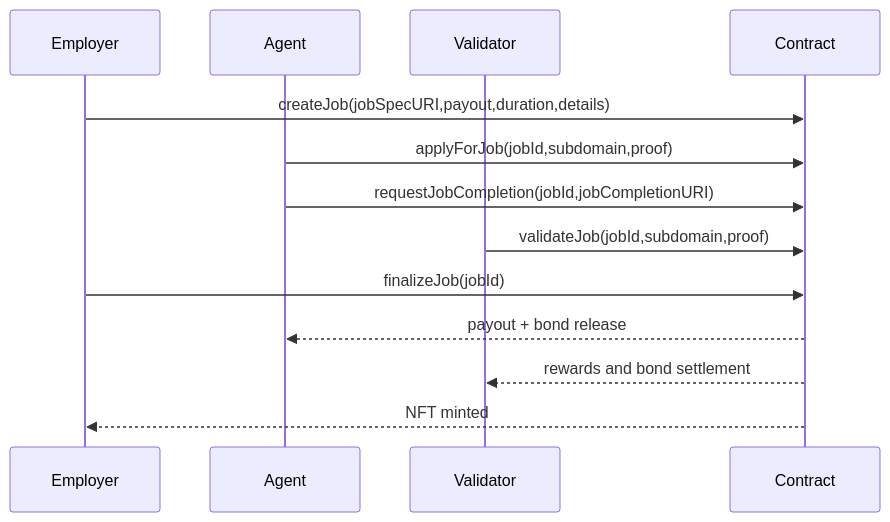
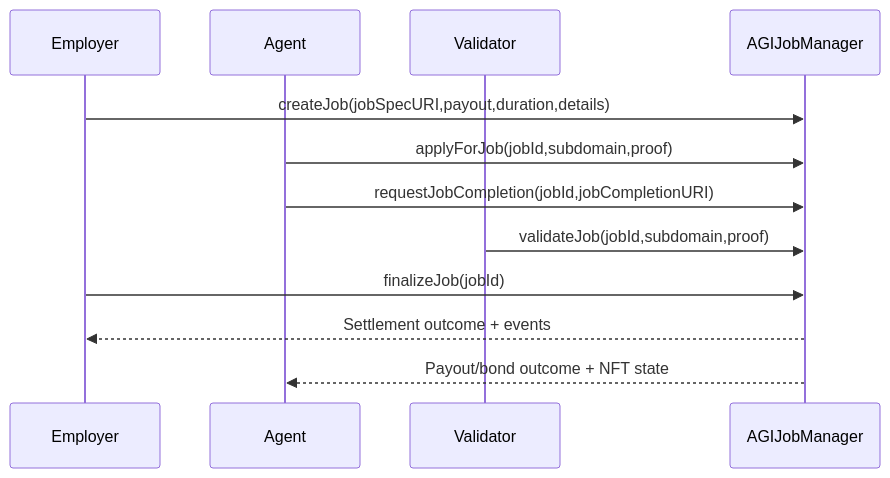
The third of 4 diagrams in docs/DEPLOYMENT/OWNER_MAINNET_DEPLOYMENT_AND_OPERATIONS_GUIDE.md (MontrealAI/AGIJobManager), drawn with Mermaid before and after one commit. The commit also changed other lines of this file and 1 other file, not shown here.

````diff
--- a/docs/DEPLOYMENT/OWNER_MAINNET_DEPLOYMENT_AND_OPERATIONS_GUIDE.md
+++ b/docs/DEPLOYMENT/OWNER_MAINNET_DEPLOYMENT_AND_OPERATIONS_GUIDE.md
@@ -312,16 +431,15 @@
 ```mermaid
 sequenceDiagram
-  participant Employer
-  participant Agent
-  participant Validator
-  participant Contract
+    participant Employer
+    participant Agent
+    participant Validator
+    participant Contract as AGIJobManager
 
-  Employer->>Contract: createJob(jobSpecURI,payout,duration,details)
-  Agent->>Contract: applyForJob(jobId,subdomain,proof)
-  Agent->>Contract: requestJobCompletion(jobId,jobCompletionURI)
-  Validator->>Contract: validateJob(jobId,subdomain,proof)
-  Employer->>Contract: finalizeJob(jobId)
-  Contract-->>Agent: payout + bond release
-  Contract-->>Validator: rewards and bond settlement
-  Contract-->>Employer: NFT minted
+    Employer->>Contract: createJob(jobSpecURI,payout,duration,details)
+    Agent->>Contract: applyForJob(jobId,subdomain,proof)
+    Agent->>Contract: requestJobCompletion(jobId,jobCompletionURI)
+    Validator->>Contract: validateJob(jobId,subdomain,proof)
+    Employer->>Contract: finalizeJob(jobId)
+    Contract-->>Employer: Settlement outcome + events
+    Contract-->>Agent: Payout/bond outcome + NFT state
 ```
````
